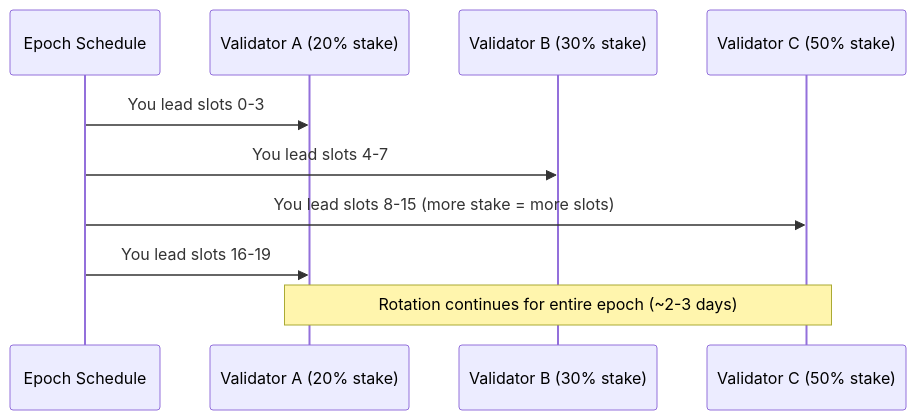
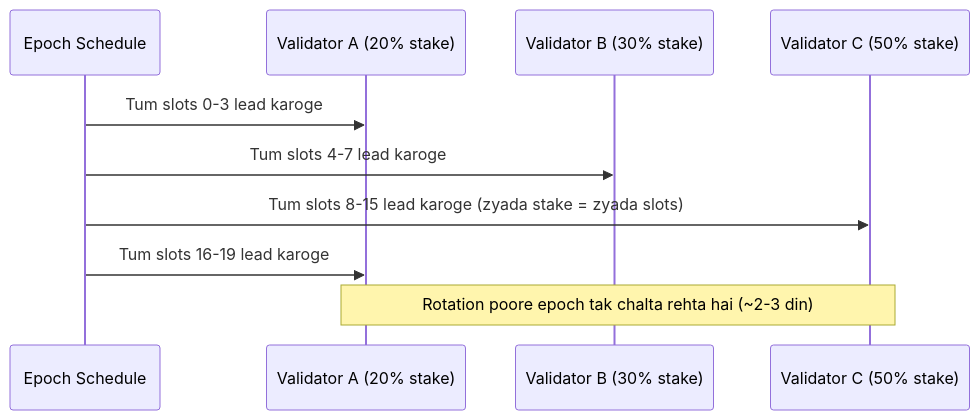
Before and after one commit to Siddesh-Pansare93/dev-notes: the fifth of 6 diagrams in web3/solana/02-solana-architecture.md, drawn with Mermaid. The commit also changed other lines of this file and 248 other files, not shown here.

````diff
--- a/web3/solana/02-solana-architecture.md
+++ b/web3/solana/02-solana-architecture.md
@@ -327,13 +327,13 @@
 ```mermaid
 sequenceDiagram
     participant Epoch as Epoch Schedule
     participant V1 as Validator A (20% stake)
     participant V2 as Validator B (30% stake)
     participant V3 as Validator C (50% stake)
 
-    Epoch->>V1: You lead slots 0-3
-    Epoch->>V2: You lead slots 4-7
-    Epoch->>V3: You lead slots 8-15 (more stake = more slots)
-    Epoch->>V1: You lead slots 16-19
-    Note over V1,V3: Rotation continues for entire epoch (~2-3 days)
+    Epoch->>V1: Tum slots 0-3 lead karoge
+    Epoch->>V2: Tum slots 4-7 lead karoge
+    Epoch->>V3: Tum slots 8-15 lead karoge (zyada stake = zyada slots)
+    Epoch->>V1: Tum slots 16-19 lead karoge
+    Note over V1,V3: Rotation poore epoch tak chalta rehta hai (~2-3 din)
 ```
````
